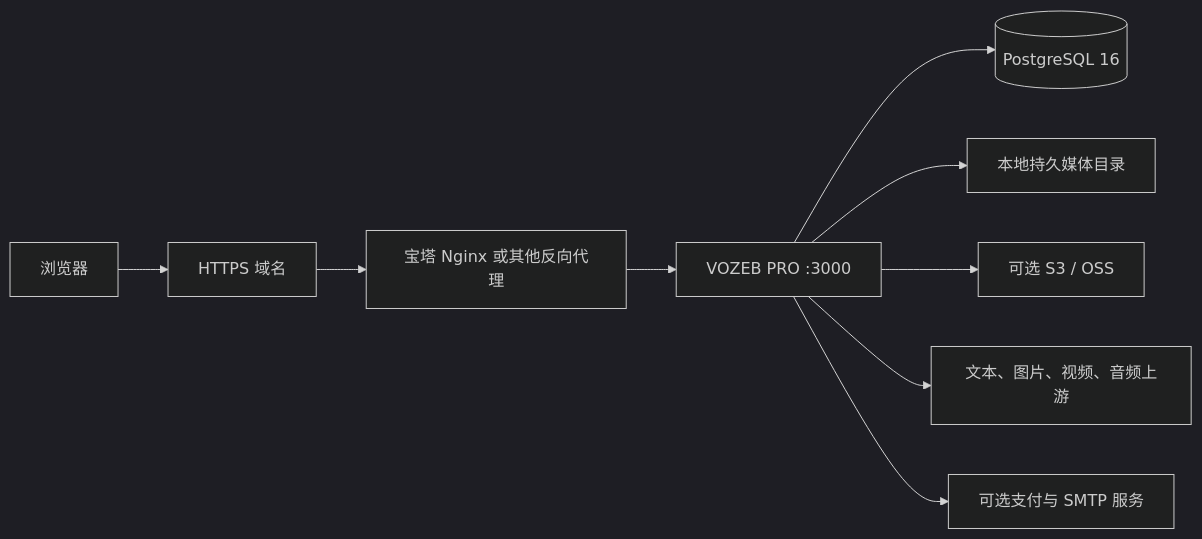
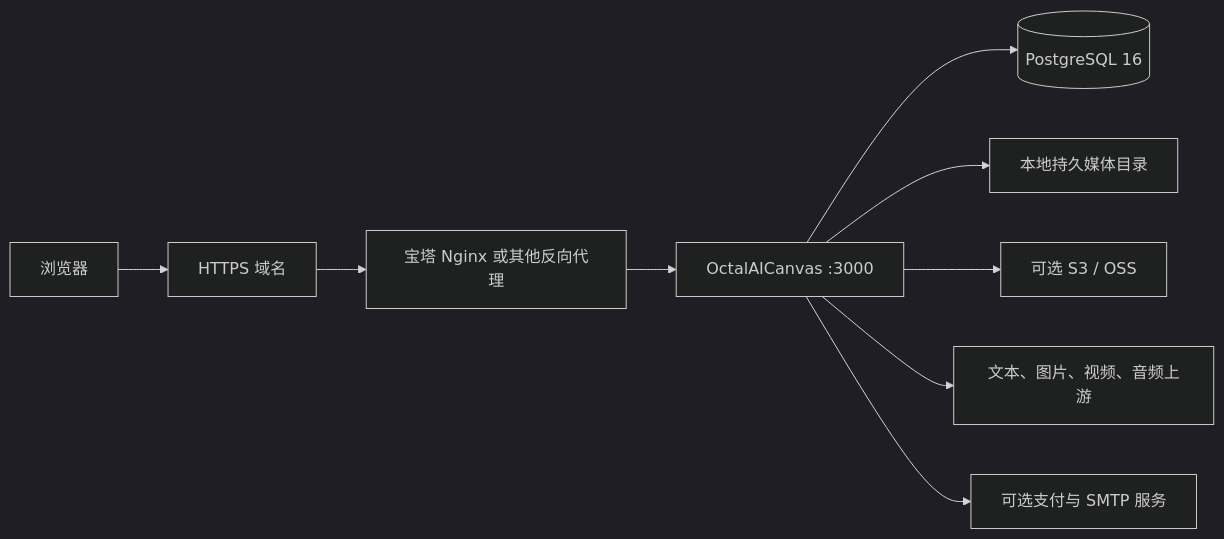
One commit to dreamwho/OctalFlow changed the fifth of 6 diagrams in docs/content/docs/overview/project-structure.mdx. Above: the diagram before and after it, drawn with Mermaid (dark theme). The commit also changed other lines of this file and 303 other files, not shown here.

First line of the commit message:
全量品牌替换：移除 VOZEB，统一为 OctalAICanvas

````diff
--- a/docs/content/docs/overview/project-structure.mdx
+++ b/docs/content/docs/overview/project-structure.mdx
@@ -192,11 +192,11 @@
 ```mermaid
 flowchart LR
     USER["浏览器"] --> HTTPS["HTTPS 域名"]
     HTTPS --> NGINX["宝塔 Nginx 或其他反向代理"]
-    NGINX --> APP["VOZEB PRO :3000"]
+    NGINX --> APP["OctalAICanvas :3000"]
     APP --> PG[("PostgreSQL 16")]
     APP --> LOCAL["本地持久媒体目录"]
     APP --> OSS["可选 S3 / OSS"]
     APP --> AI["文本、图片、视频、音频上游"]
     APP --> PAY["可选支付与 SMTP 服务"]
 ```
````
